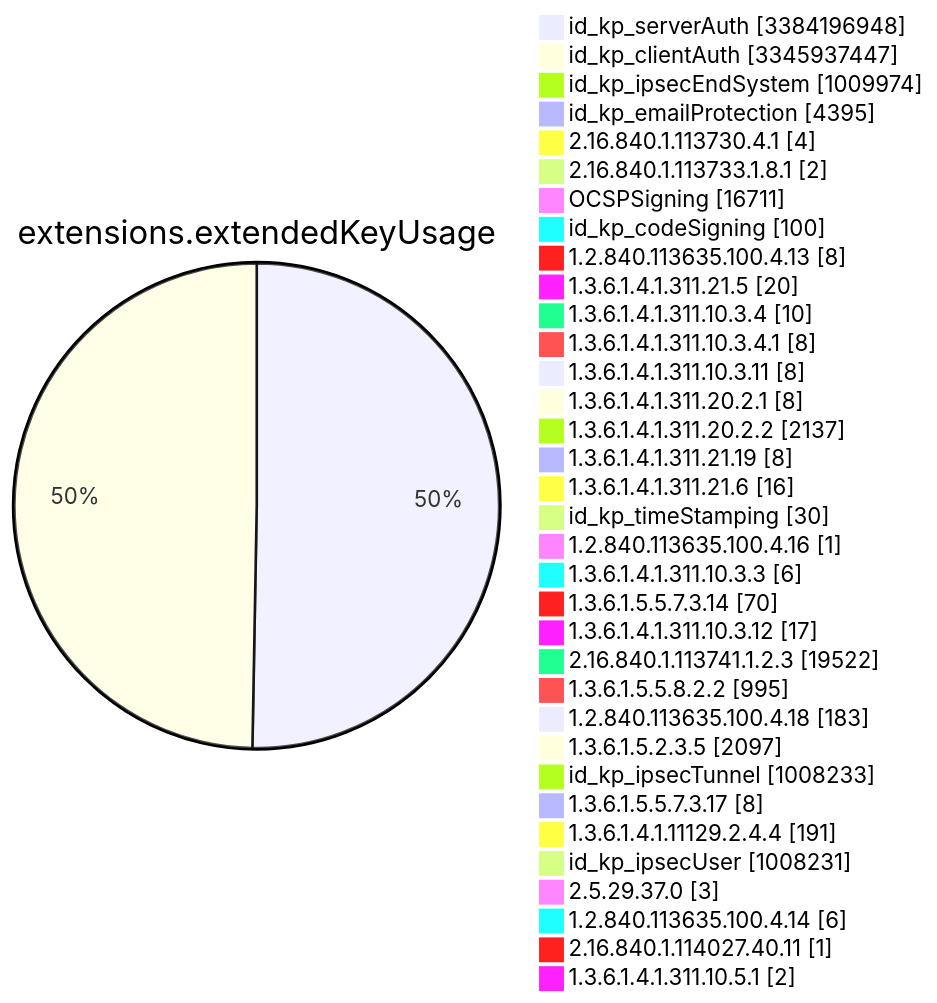
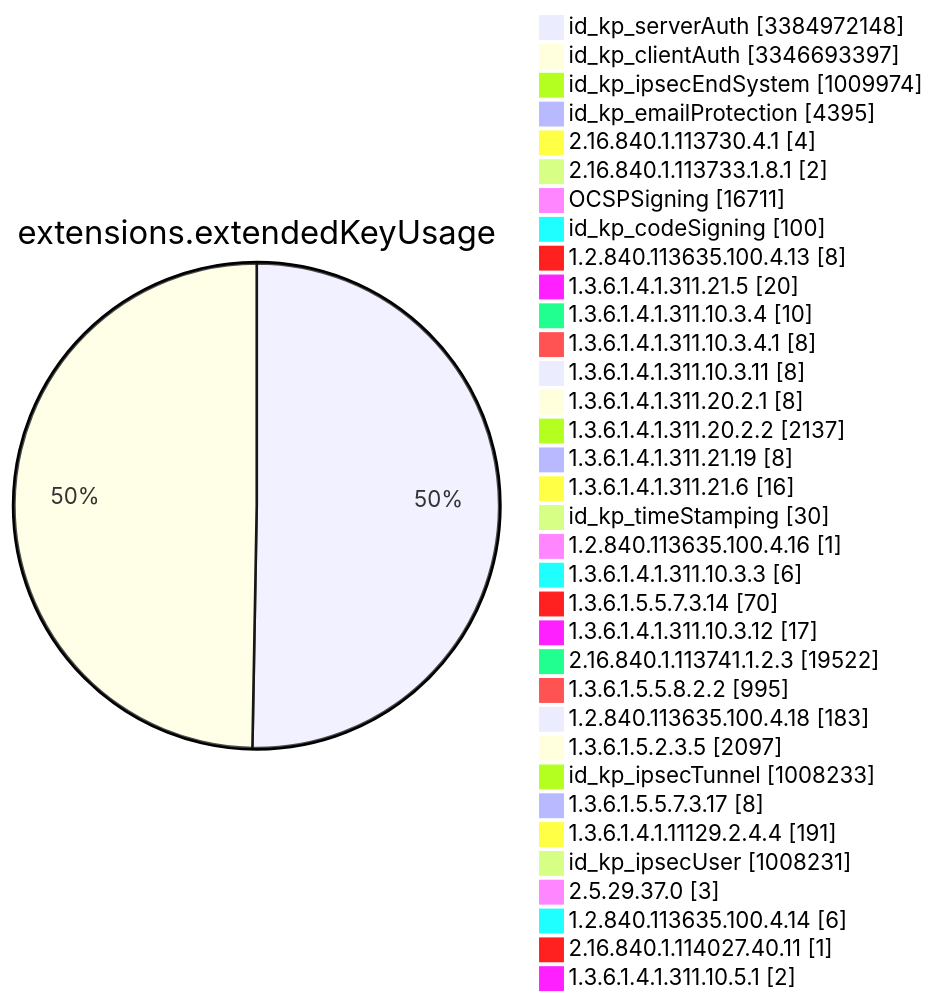
One commit to christiankrug/ctmonitor_visualization changed diagram 11 of 15 in TOTAL/README.md. Above: the diagram before and after it, drawn with Mermaid. The commit also changed other lines of this file, not shown here.

````diff
--- a/TOTAL/README.md
+++ b/TOTAL/README.md
@@ -4121,38 +4121,38 @@
 ```mermaid
 pie showData
 title extensions.extendedKeyUsage
-"id_kp_serverAuth" :3384196948
-"id_kp_clientAuth" :3345937447
+"id_kp_serverAuth" :3384972148
+"id_kp_clientAuth" :3346693397
 "id_kp_ipsecEndSystem" :1009974
 "id_kp_emailProtection" :4395
 "2.16.840.1.113730.4.1" :4
 "2.16.840.1.113733.1.8.1" :2
 "OCSPSigning" :16711
 "id_kp_codeSigning" :100
 "1.2.840.113635.100.4.13" :8
 "1.3.6.1.4.1.311.21.5" :20
 "1.3.6.1.4.1.311.10.3.4" :10
 "1.3.6.1.4.1.311.10.3.4.1" :8
 "1.3.6.1.4.1.311.10.3.11" :8
 "1.3.6.1.4.1.311.20.2.1" :8
 "1.3.6.1.4.1.311.20.2.2" :2137
 "1.3.6.1.4.1.311.21.19" :8
 "1.3.6.1.4.1.311.21.6" :16
 "id_kp_timeStamping" :30
 "1.2.840.113635.100.4.16" :1
 "1.3.6.1.4.1.311.10.3.3" :6
 "1.3.6.1.5.5.7.3.14" :70
 "1.3.6.1.4.1.311.10.3.12" :17
 "2.16.840.1.113741.1.2.3" :19522
 "1.3.6.1.5.5.8.2.2" :995
 "1.2.840.113635.100.4.18" :183
 "1.3.6.1.5.2.3.5" :2097
 "id_kp_ipsecTunnel" :1008233
 "1.3.6.1.5.5.7.3.17" :8
 "1.3.6.1.4.1.11129.2.4.4" :191
 "id_kp_ipsecUser" :1008231
 "2.5.29.37.0" :3
 "1.2.840.113635.100.4.14" :6
 "2.16.840.1.114027.40.11" :1
 "1.3.6.1.4.1.311.10.5.1" :2
 ```
````
